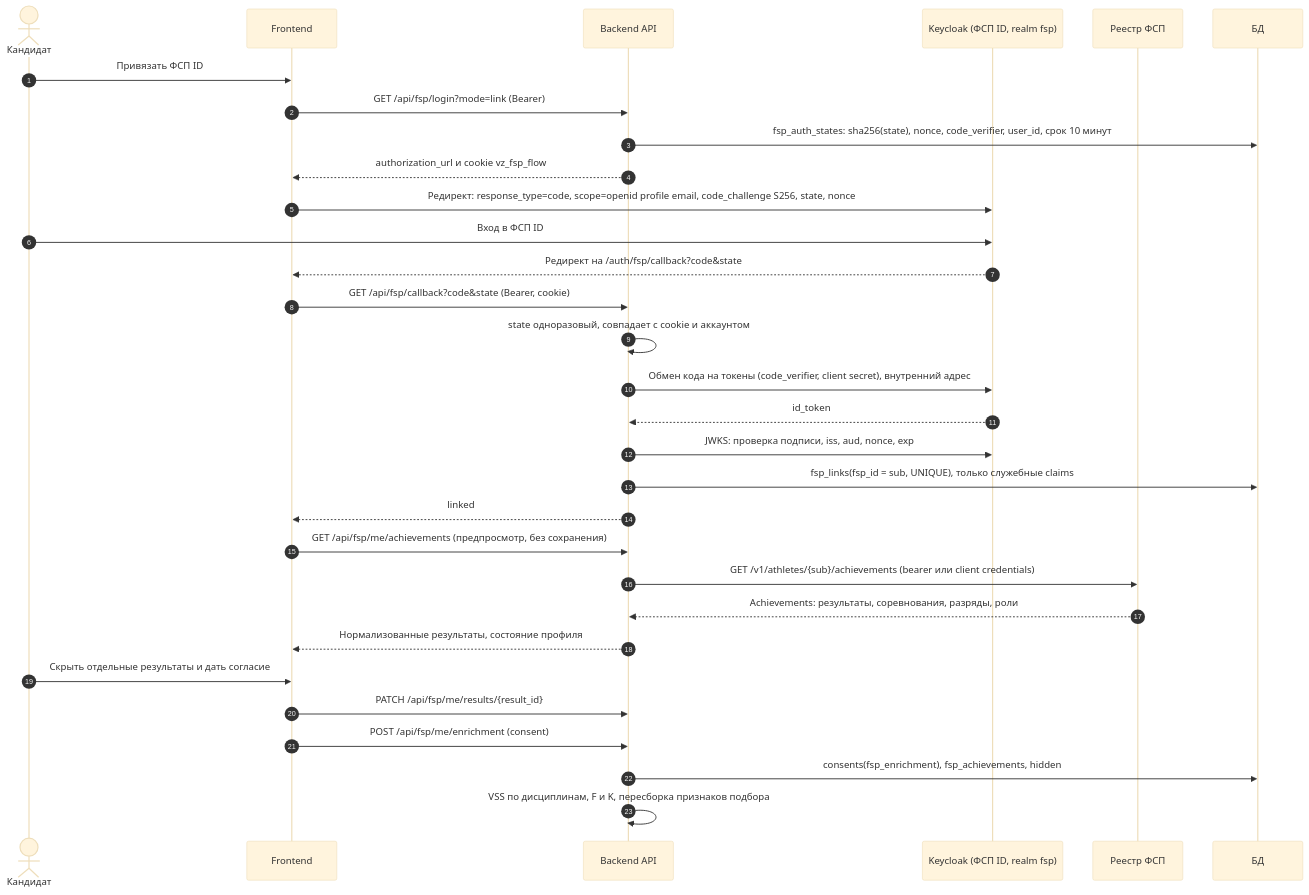
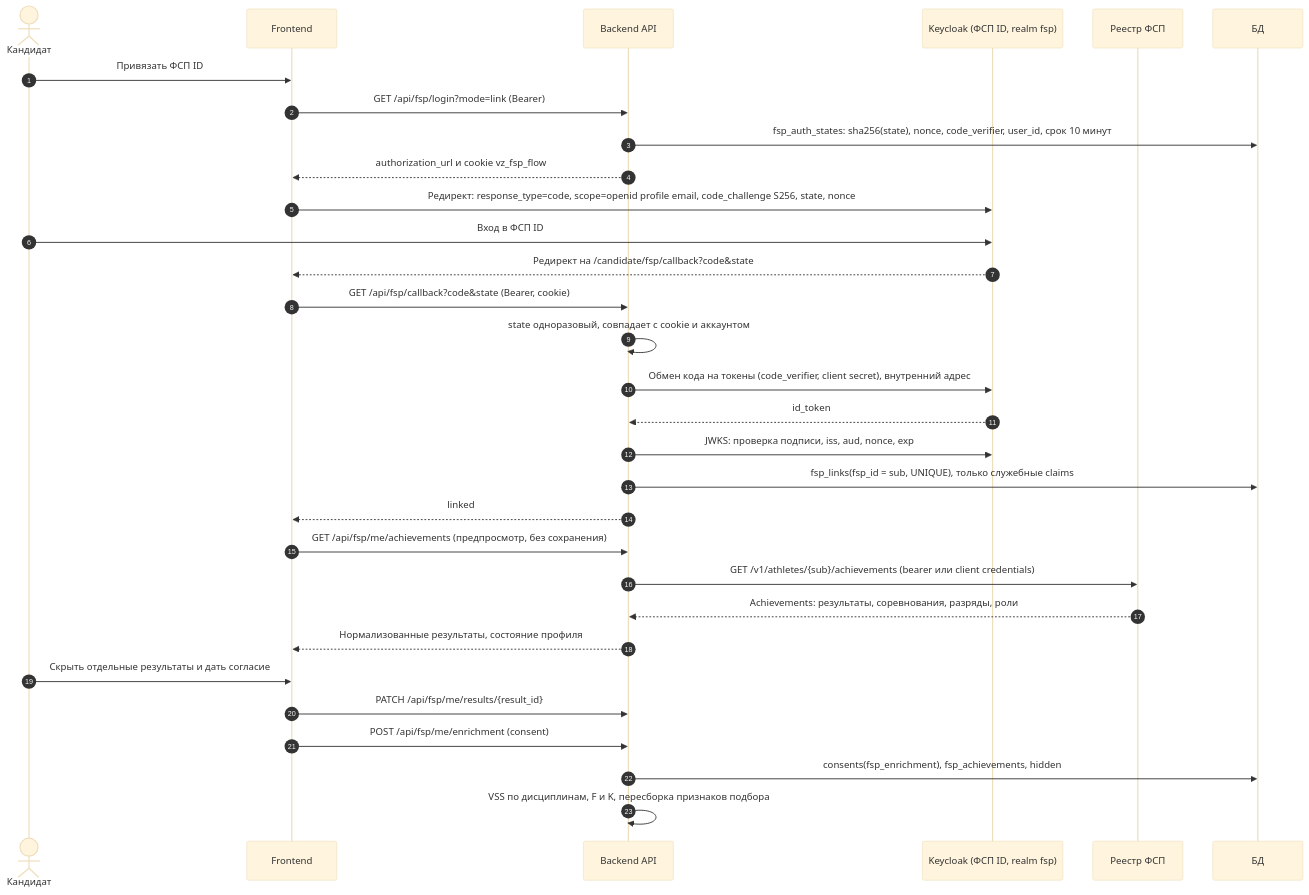
Before and after one commit to lpogosu/lct-msk: diagram 12 of 14 in docs/ARCHITECTURE.md, drawn with Mermaid (base theme). The commit also changed other lines of this file and 75 other files, not shown here.

````diff
--- a/docs/ARCHITECTURE.md
+++ b/docs/ARCHITECTURE.md
@@ -627,34 +627,34 @@
 ```mermaid
 sequenceDiagram
   autonumber
   actor K as Кандидат
   participant W as Frontend
   participant A as Backend API
   participant KC as Keycloak (ФСП ID, realm fsp)
   participant R as Реестр ФСП
   participant D as БД
 
   K->>W: Привязать ФСП ID
   W->>A: GET /api/fsp/login?mode=link (Bearer)
   A->>D: fsp_auth_states: sha256(state), nonce, code_verifier, user_id, срок 10 минут
   A-->>W: authorization_url и cookie vz_fsp_flow
   W->>KC: Редирект: response_type=code, scope=openid profile email, code_challenge S256, state, nonce
   K->>KC: Вход в ФСП ID
-  KC-->>W: Редирект на /auth/fsp/callback?code&state
+  KC-->>W: Редирект на /candidate/fsp/callback?code&state
   W->>A: GET /api/fsp/callback?code&state (Bearer, cookie)
   A->>A: state одноразовый, совпадает с cookie и аккаунтом
   A->>KC: Обмен кода на токены (code_verifier, client secret), внутренний адрес
   KC-->>A: id_token
   A->>KC: JWKS: проверка подписи, iss, aud, nonce, exp
   A->>D: fsp_links(fsp_id = sub, UNIQUE), только служебные claims
   A-->>W: linked
   W->>A: GET /api/fsp/me/achievements (предпросмотр, без сохранения)
   A->>R: GET /v1/athletes/{sub}/achievements (bearer или client credentials)
   R-->>A: Achievements: результаты, соревнования, разряды, роли
   A-->>W: Нормализованные результаты, состояние профиля
   K->>W: Скрыть отдельные результаты и дать согласие
   W->>A: PATCH /api/fsp/me/results/{result_id}
   W->>A: POST /api/fsp/me/enrichment (consent)
   A->>D: consents(fsp_enrichment), fsp_achievements, hidden
   A->>A: VSS по дисциплинам, F и K, пересборка признаков подбора
 ```
````
